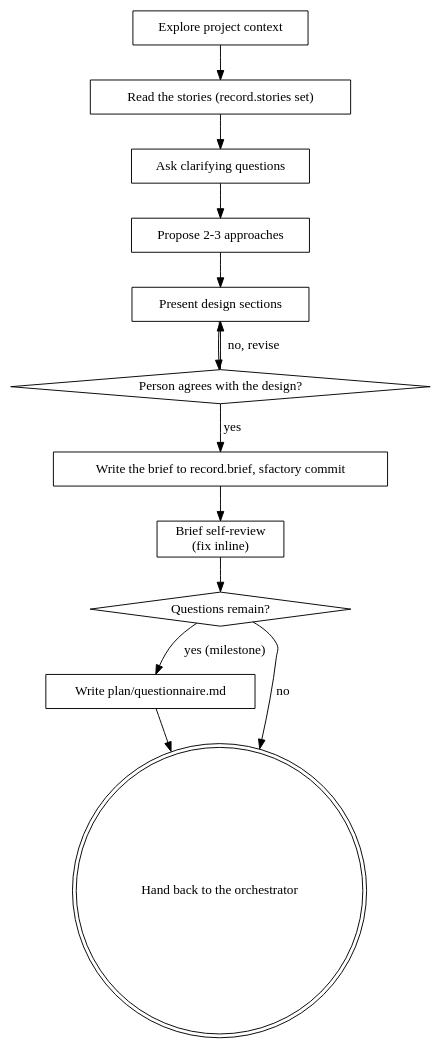
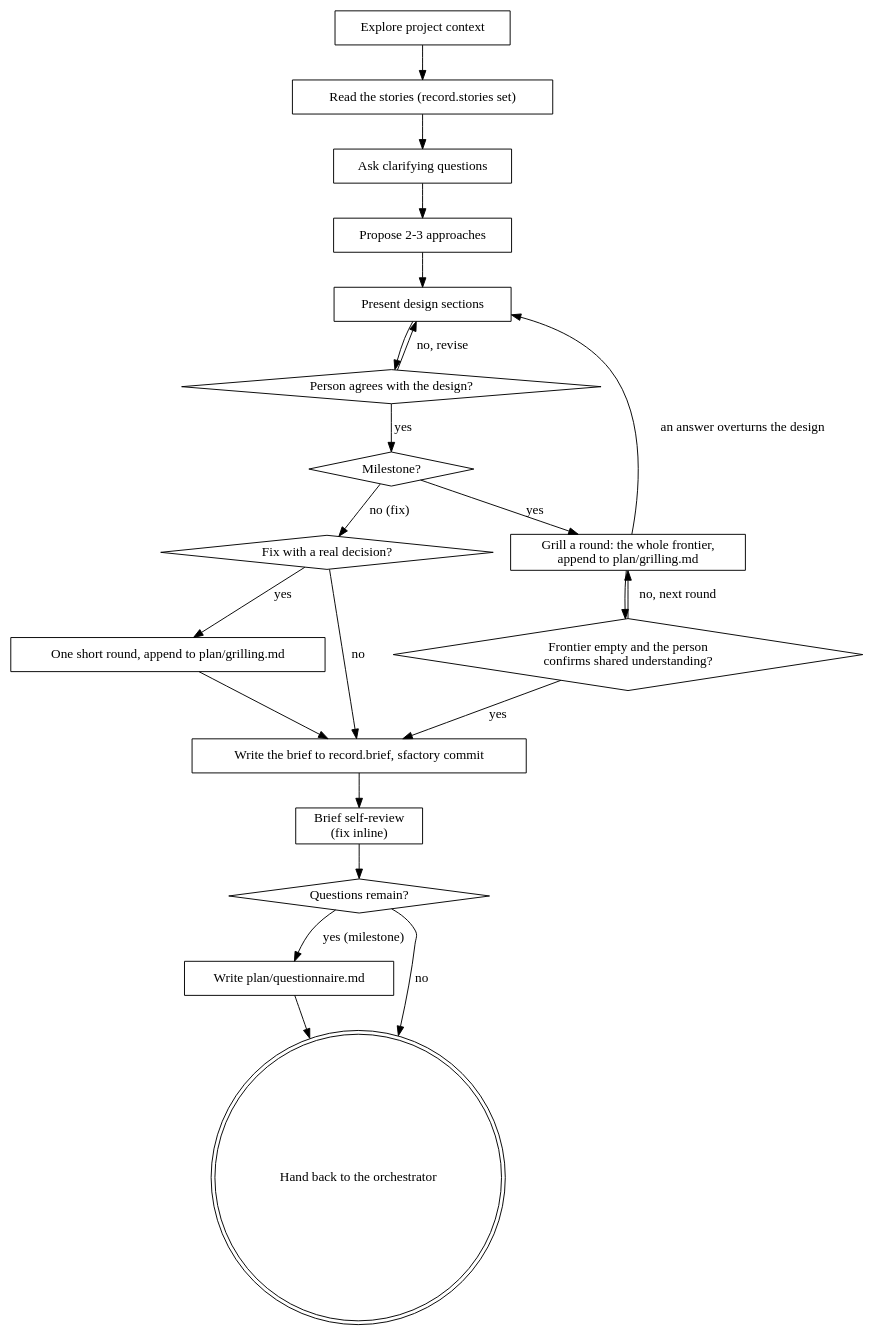
Before and after one commit to ShivamH1/sfactory: the diagram in skills/brainstorming/SKILL.md, drawn with Graphviz. The commit also changed other lines of this file and 4 other files, not shown here.

First line of the commit message:
feat(skills): grill a milestone's agreed design in recorded rounds before the brief

````diff
--- a/skills/brainstorming/SKILL.md
+++ b/skills/brainstorming/SKILL.md
@@ -47,28 +48,42 @@
 ```dot
 digraph brainstorming {
     "Explore project context" [shape=box];
     "Read the stories (record.stories set)" [shape=box];
     "Ask clarifying questions" [shape=box];
     "Propose 2-3 approaches" [shape=box];
     "Present design sections" [shape=box];
     "Person agrees with the design?" [shape=diamond];
+    "Milestone?" [shape=diamond];
+    "Fix with a real decision?" [shape=diamond];
+    "One short round, append to plan/grilling.md" [shape=box];
+    "Grill a round: the whole frontier,\nappend to plan/grilling.md" [shape=box];
+    "Frontier empty and the person\nconfirms shared understanding?" [shape=diamond];
     "Write the brief to record.brief, sfactory commit" [shape=box];
     "Brief self-review\n(fix inline)" [shape=box];
     "Questions remain?" [shape=diamond];
     "Write plan/questionnaire.md" [shape=box];
     "Hand back to the orchestrator" [shape=doublecircle];
 
     "Explore project context" -> "Read the stories (record.stories set)";
     "Read the stories (record.stories set)" -> "Ask clarifying questions";
     "Ask clarifying questions" -> "Propose 2-3 approaches";
     "Propose 2-3 approaches" -> "Present design sections";
     "Present design sections" -> "Person agrees with the design?";
     "Person agrees with the design?" -> "Present design sections" [label="no, revise"];
-    "Person agrees with the design?" -> "Write the brief to record.brief, sfactory commit" [label="yes"];
+    "Person agrees with the design?" -> "Milestone?" [label="yes"];
+    "Milestone?" -> "Grill a round: the whole frontier,\nappend to plan/grilling.md" [label="yes"];
+    "Milestone?" -> "Fix with a real decision?" [label="no (fix)"];
+    "Fix with a real decision?" -> "One short round, append to plan/grilling.md" [label="yes"];
+    "Fix with a real decision?" -> "Write the brief to record.brief, sfactory commit" [label="no"];
+    "One short round, append to plan/grilling.md" -> "Write the brief to record.brief, sfactory commit";
+    "Grill a round: the whole frontier,\nappend to plan/grilling.md" -> "Frontier empty and the person\nconfirms shared understanding?";
+    "Grill a round: the whole frontier,\nappend to plan/grilling.md" -> "Present design sections" [label="an answer overturns the design"];
+    "Frontier empty and the person\nconfirms shared understanding?" -> "Grill a round: the whole frontier,\nappend to plan/grilling.md" [label="no, next round"];
+    "Frontier empty and the person\nconfirms shared understanding?" -> "Write the brief to record.brief, sfactory commit" [label="yes"];
     "Write the brief to record.brief, sfactory commit" -> "Brief self-review\n(fix inline)";
     "Brief self-review\n(fix inline)" -> "Questions remain?";
     "Questions remain?" -> "Write plan/questionnaire.md" [label="yes (milestone)"];
     "Questions remain?" -> "Hand back to the orchestrator" [label="no"];
     "Write plan/questionnaire.md" -> "Hand back to the orchestrator";
 }
 ```
````
